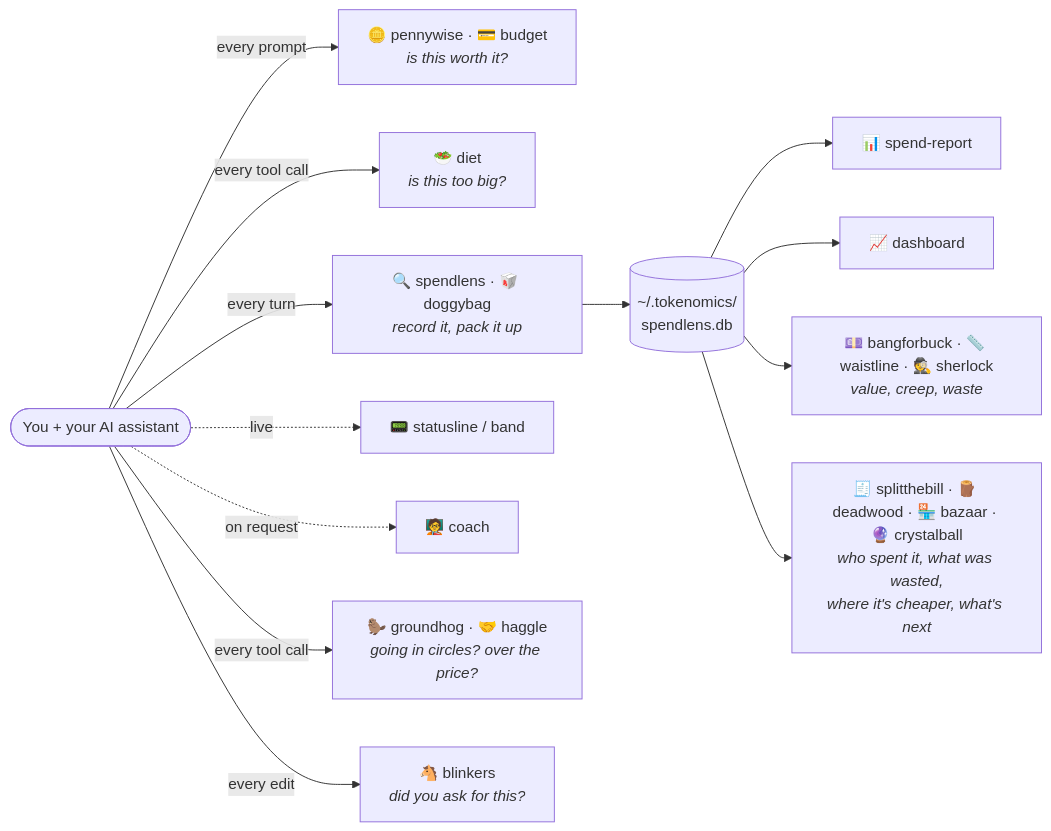
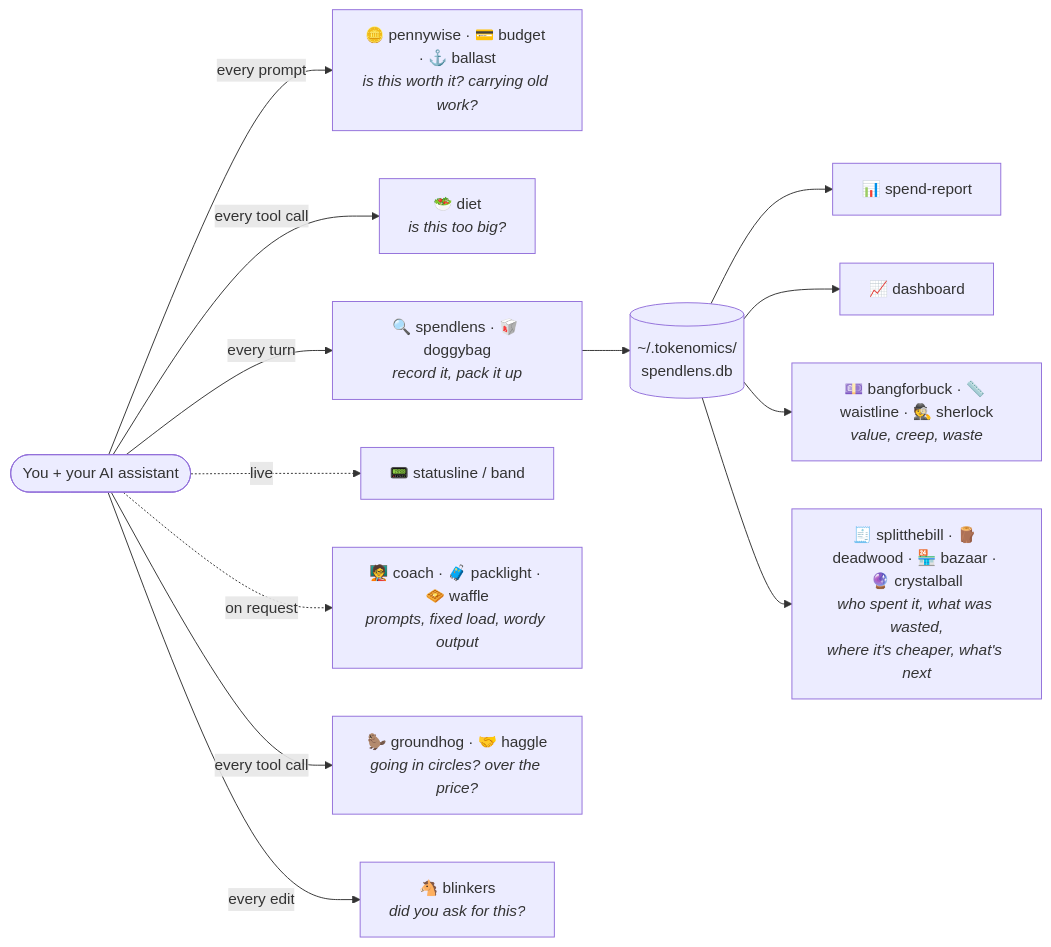
Before and after one commit to andrew44/tokenomics: the diagram in README.md, drawn with Mermaid. The commit also changed other lines of this file and 21 other files, not shown here.

Commit message:
Add packlight, ballast and waffle: fixed overhead, context carry and output spend (#41)

````diff
--- a/README.md
+++ b/README.md
@@ -295,15 +319,15 @@
 ```mermaid
 flowchart LR
-    You(["You + your AI assistant"]) -->|every prompt| G["🪙 pennywise · 💳 budget<br/><i>is this worth it?</i>"]
+    You(["You + your AI assistant"]) -->|every prompt| G["🪙 pennywise · 💳 budget · ⚓ ballast<br/><i>is this worth it? carrying old work?</i>"]
     You -->|every tool call| D["🥗 diet<br/><i>is this too big?</i>"]
     You -->|every turn| S["🔍 spendlens · 🥡 doggybag<br/><i>record it, pack it up</i>"]
     S --> DB[("~/.tokenomics/<br/>spendlens.db")]
     DB --> R["📊 spend-report"]
     DB --> W["📈 dashboard"]
     You -.->|live| B["📟 statusline / band"]
-    You -.->|on request| C["🧑‍🏫 coach"]
+    You -.->|on request| C["🧑‍🏫 coach · 🧳 packlight · 🧇 waffle<br/><i>prompts, fixed load, wordy output</i>"]
     You -->|every tool call| L["🦫 groundhog · 🤝 haggle<br/><i>going in circles? over the price?</i>"]
     DB --> V["💷 bangforbuck · 📏 waistline · 🕵️ sherlock<br/><i>value, creep, waste</i>"]
     You -->|every edit| BL["🐴 blinkers<br/><i>did you ask for this?</i>"]
     DB --> X["🧾 splitthebill · 🪵 deadwood · 🏪 bazaar · 🔮 crystalball<br/><i>who spent it, what was wasted,<br/>where it's cheaper, what's next</i>"]
 ```
````
